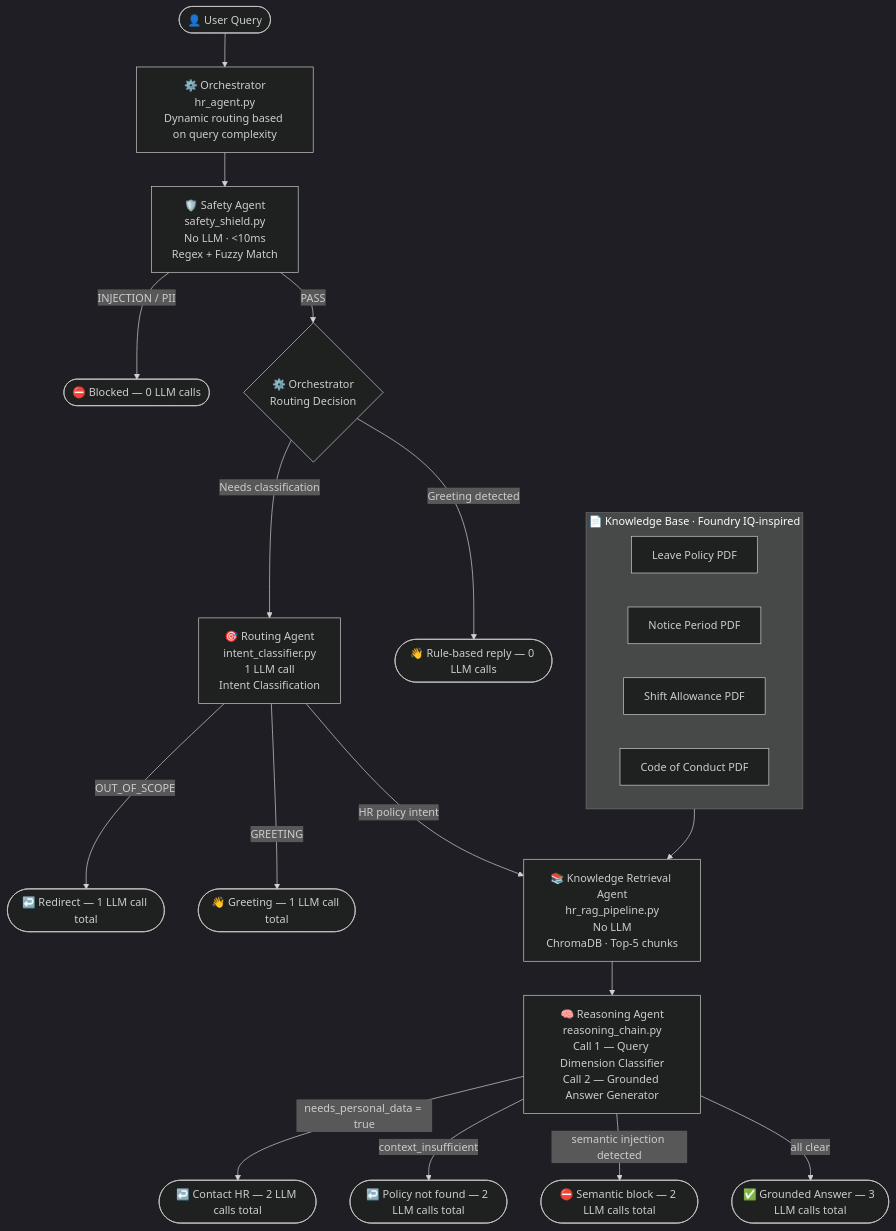
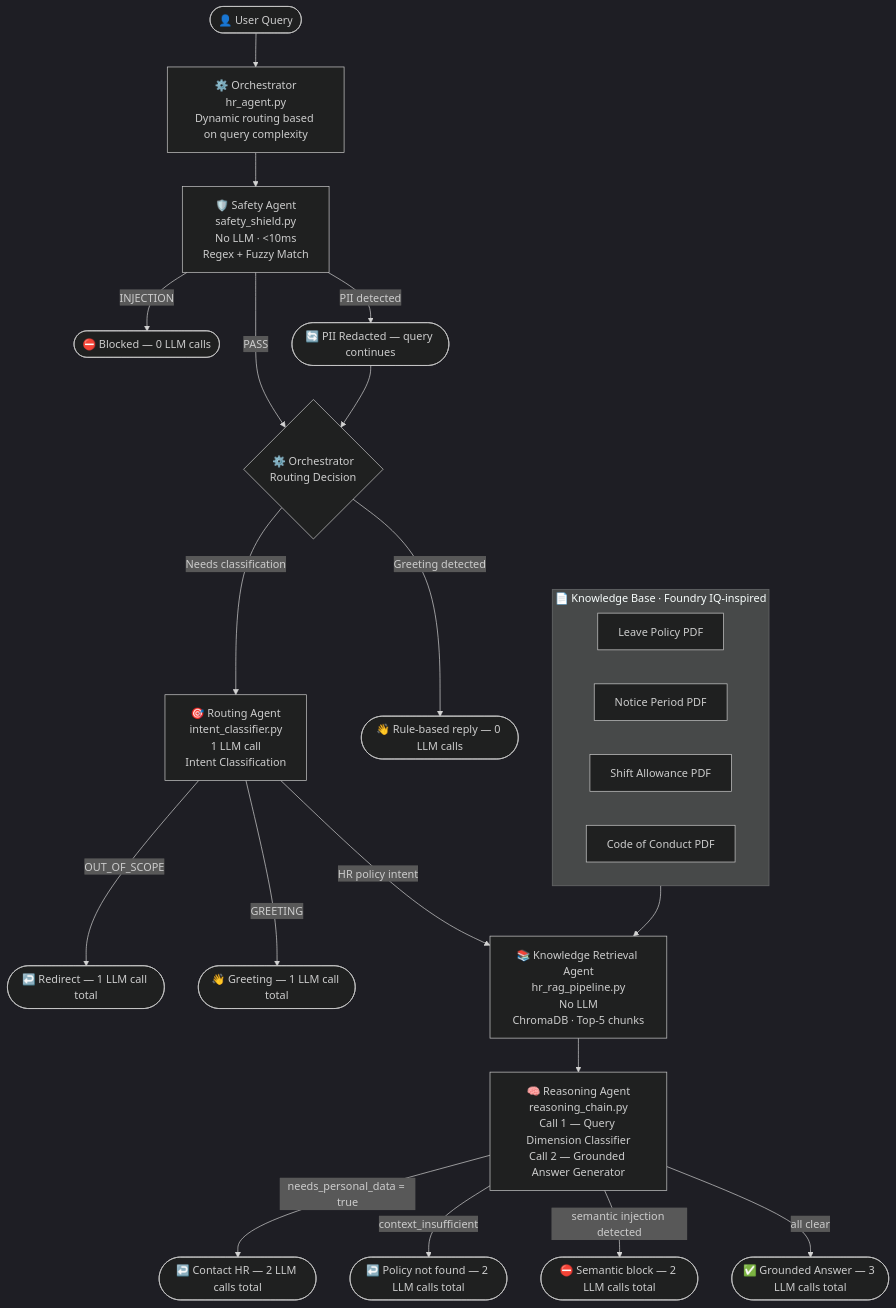
One commit to swasti16/hr-agent-hackathon changed the diagram in README.md. Above: the diagram before and after it, drawn with Mermaid (dark theme). The commit also changed other lines of this file and 7 other files, not shown here.

````diff
--- a/README.md
+++ b/README.md
@@ -20,42 +20,44 @@
 ```mermaid
 flowchart TD
     U([👤 User Query]) --> ORC
 
     ORC["⚙️ Orchestrator\nhr_agent.py\nDynamic routing based on query complexity"]
 
     ORC --> SA
     SA["🛡️ Safety Agent\nsafety_shield.py\nNo LLM · <10ms\nRegex + Fuzzy Match"]
 
-    SA -->|INJECTION / PII| BLK([⛔ Blocked — 0 LLM calls])
+    SA -->|INJECTION| BLK([⛔ Blocked — 0 LLM calls])
+    SA -->|PII detected| PII([🔄 PII Redacted — query continues])
     SA -->|PASS| ORC2
+    PII --> ORC2
 
     ORC2{"⚙️ Orchestrator\nRouting Decision"}
     ORC2 -->|Greeting detected| GRT([👋 Rule-based reply — 0 LLM calls])
     ORC2 -->|Needs classification| RA
 
     RA["🎯 Routing Agent\nintent_classifier.py\n1 LLM call\nIntent Classification"]
 
     RA -->|OUT_OF_SCOPE| OOS([↩️ Redirect — 1 LLM call total])
     RA -->|GREETING| GRT2([👋 Greeting — 1 LLM call total])
     RA -->|HR policy intent| KA
 
     KA["📚 Knowledge Retrieval Agent\nhr_rag_pipeline.py\nNo LLM\nChromaDB · Top-5 chunks"]
 
     KA --> RCA
 
     RCA["🧠 Reasoning Agent\nreasoning_chain.py\nCall 1 — Query Dimension Classifier\nCall 2 — Grounded Answer Generator"]
 
     RCA -->|needs_personal_data = true| HR([↩️ Contact HR — 2 LLM calls total])
     RCA -->|context_insufficient| NF([↩️ Policy not found — 2 LLM calls total])
     RCA -->|semantic injection detected| BLK2([⛔ Semantic block — 2 LLM calls total])
     RCA -->|all clear| ANS([✅ Grounded Answer — 3 LLM calls total])
 
     subgraph KB["📄 Knowledge Base · Foundry IQ-inspired"]
         P1[Leave Policy PDF]
         P2[Notice Period PDF]
         P3[Shift Allowance PDF]
         P4[Code of Conduct PDF]
     end
 
     KB --> KA
 ```
````
